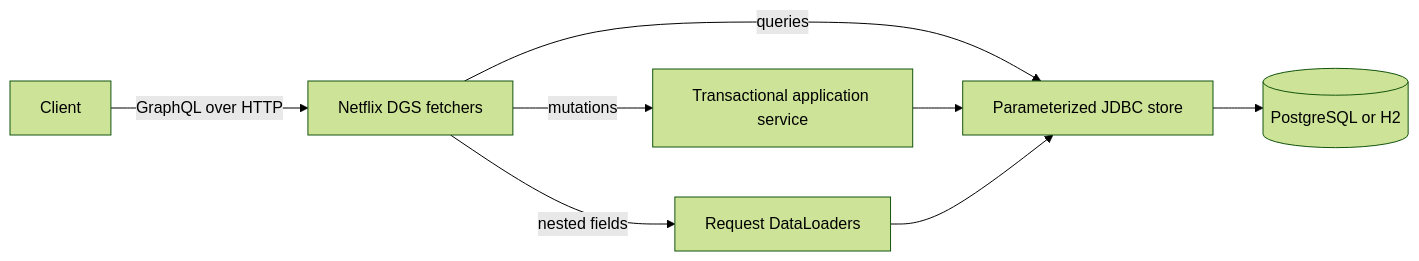
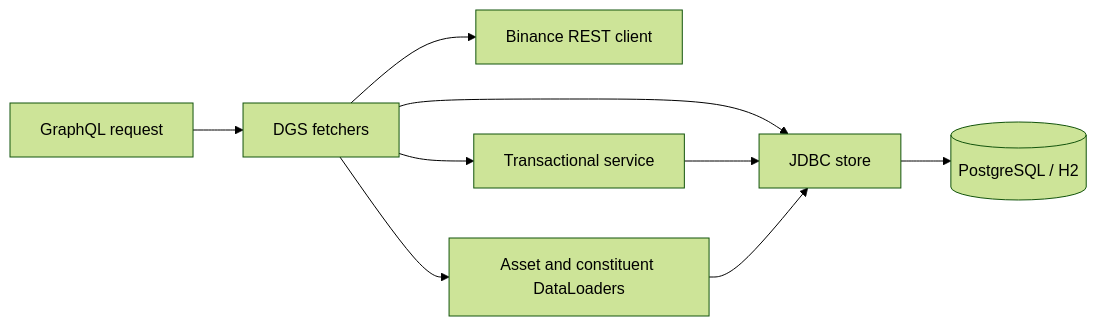
One commit to rcrespo808/spring-dgs-applications changed the diagram in docs/APPLICATION_MANUAL.md. Above: the diagram before and after it, drawn with Mermaid (forest theme). The commit also changed other lines of this file and 43 other files, not shown here.

Commit message:
Transform project into MarketGraph with Binance live data and currency indices

````diff
--- a/docs/APPLICATION_MANUAL.md
+++ b/docs/APPLICATION_MANUAL.md
@@ -151,10 +148,11 @@
 ```mermaid
 flowchart LR
-  Client -->|GraphQL over HTTP| Fetchers[Netflix DGS fetchers]
-  Fetchers -->|queries| Store[Parameterized JDBC store]
-  Fetchers -->|mutations| Service[Transactional application service]
-  Fetchers -->|nested fields| Loaders[Request DataLoaders]
+  Query[GraphQL request] --> DGS[DGS fetchers]
+  DGS --> Binance[Binance REST client]
+  DGS --> Store[JDBC store]
+  DGS --> Service[Transactional service]
+  DGS --> Loaders[Asset and constituent DataLoaders]
   Service --> Store
   Loaders --> Store
-  Store --> Database[(PostgreSQL or H2)]
+  Store --> DB[(PostgreSQL / H2)]
 ```
````
